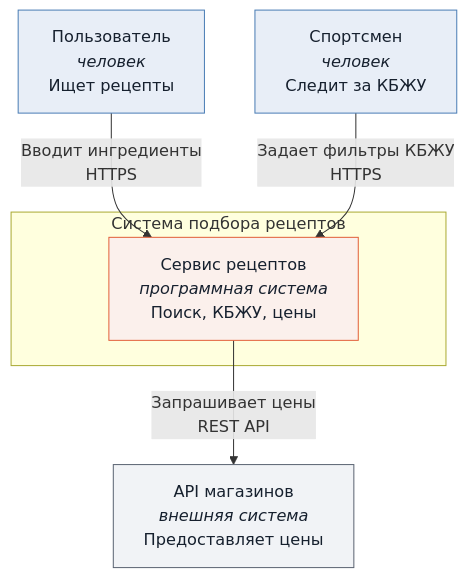
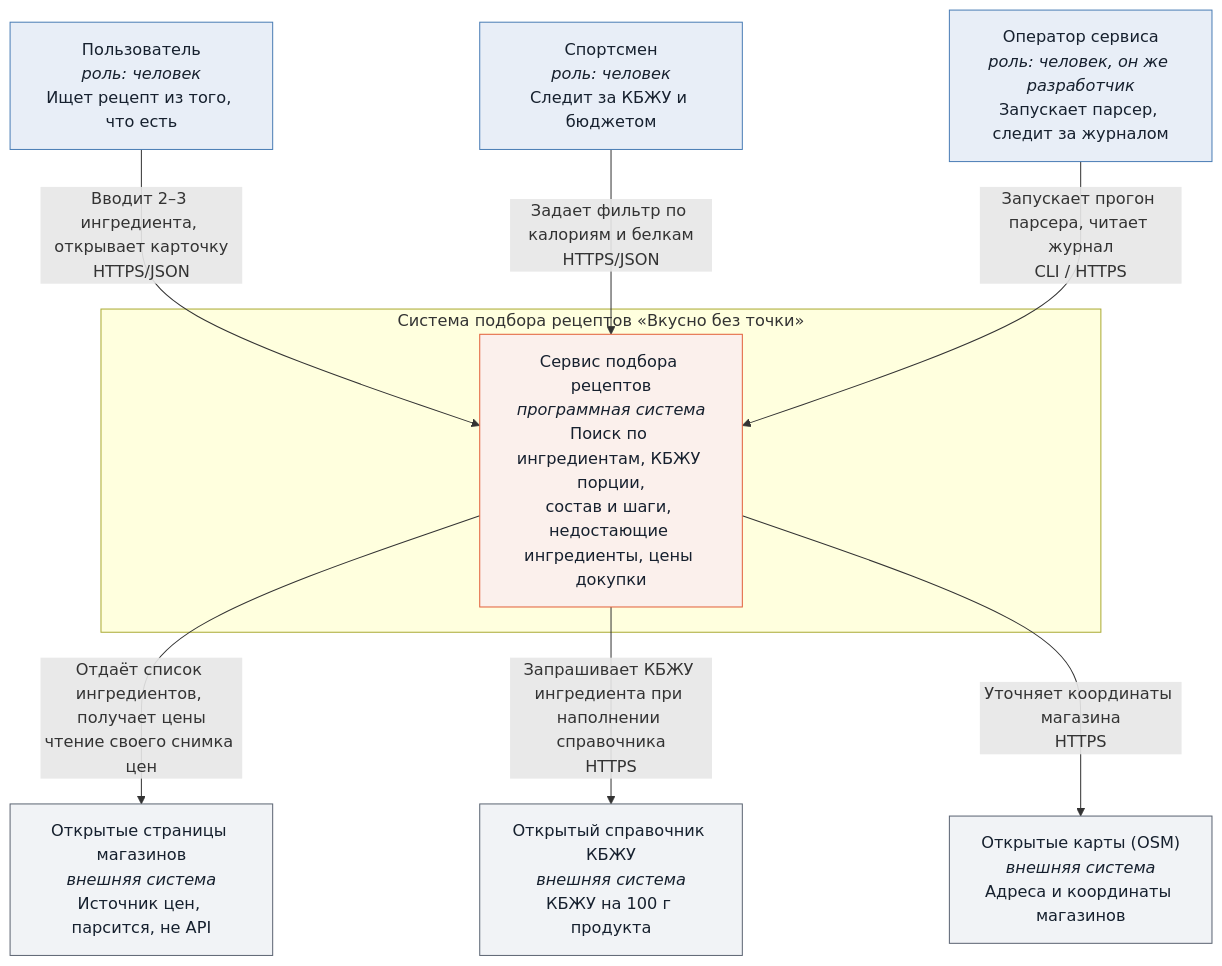
One commit to mixasa55/Vkusno-bez-tochki. changed the diagram in docs/architecture/c4/context.mmd. Above: the diagram before and after it, drawn with Mermaid. The commit also changed 24 other files, not shown here.

```diff
--- a/docs/architecture/c4/context.mmd
+++ b/docs/architecture/c4/context.mmd
@@ -1,20 +1,27 @@
 flowchart TB
-    user["Пользователь<br/><i>человек</i><br/>Ищет рецепты"]
-    athlete["Спортсмен<br/><i>человек</i><br/>Следит за КБЖУ"]
+    user["Пользователь<br/><i>роль: человек</i><br/>Ищет рецепт из того, что есть"]
+    athlete["Спортсмен<br/><i>роль: человек</i><br/>Следит за КБЖУ и бюджетом"]
+    operator["Оператор сервиса<br/><i>роль: человек, он же разработчик</i><br/>Запускает парсер, следит за журналом"]
 
-    subgraph boundary["Система подбора рецептов"]
-        system["Сервис рецептов<br/><i>программная система</i><br/>Поиск, КБЖУ, цены"]
+    subgraph boundary["Система подбора рецептов «Вкусно без точки»"]
+        system["Сервис подбора рецептов<br/><i>программная система</i><br/>Поиск по ингредиентам, КБЖУ порции,<br/>состав и шаги, недостающие ингредиенты, цены докупки"]
     end
 
-    ext_mail["API магазинов<br/><i>внешняя система</i><br/>Предоставляет цены"]
+    ext_prices["Открытые страницы магазинов<br/><i>внешняя система</i><br/>Источник цен, парсится, не API"]
+    ext_nutrition["Открытый справочник КБЖУ<br/><i>внешняя система</i><br/>КБЖУ на 100 г продукта"]
+    ext_maps["Открытые карты (OSM)<br/><i>внешняя система</i><br/>Адреса и координаты магазинов"]
 
-    user -->|"Вводит ингредиенты<br/>HTTPS"| system
-    athlete -->|"Задает фильтры КБЖУ<br/>HTTPS"| system
-    system -->|"Запрашивает цены<br/>REST API"| ext_mail
+    user -->|"Вводит 2–3 ингредиента, открывает карточку<br/>HTTPS/JSON"| system
+    athlete -->|"Задает фильтр по калориям и белкам<br/>HTTPS/JSON"| system
+    operator -->|"Запускает прогон парсера, читает журнал<br/>CLI / HTTPS"| system
+
+    system -->|"Отдаёт список ингредиентов, получает цены<br/>чтение своего снимка цен"| ext_prices
+    system -->|"Запрашивает КБЖУ ингредиента при наполнении справочника<br/>HTTPS"| ext_nutrition
+    system -->|"Уточняет координаты магазина<br/>HTTPS"| ext_maps
 
     classDef actor fill:#E8EEF7,stroke:#4A7DB5,color:#16202E
     classDef sys fill:#FBF0EC,stroke:#E2603A,color:#16202E
     classDef ext fill:#F1F3F6,stroke:#5B6472,color:#16202E
-    class user,athlete actor
+    class user,athlete,operator actor
     class system sys
-    class ext_mail ext
+    class ext_prices,ext_nutrition,ext_maps ext
```
